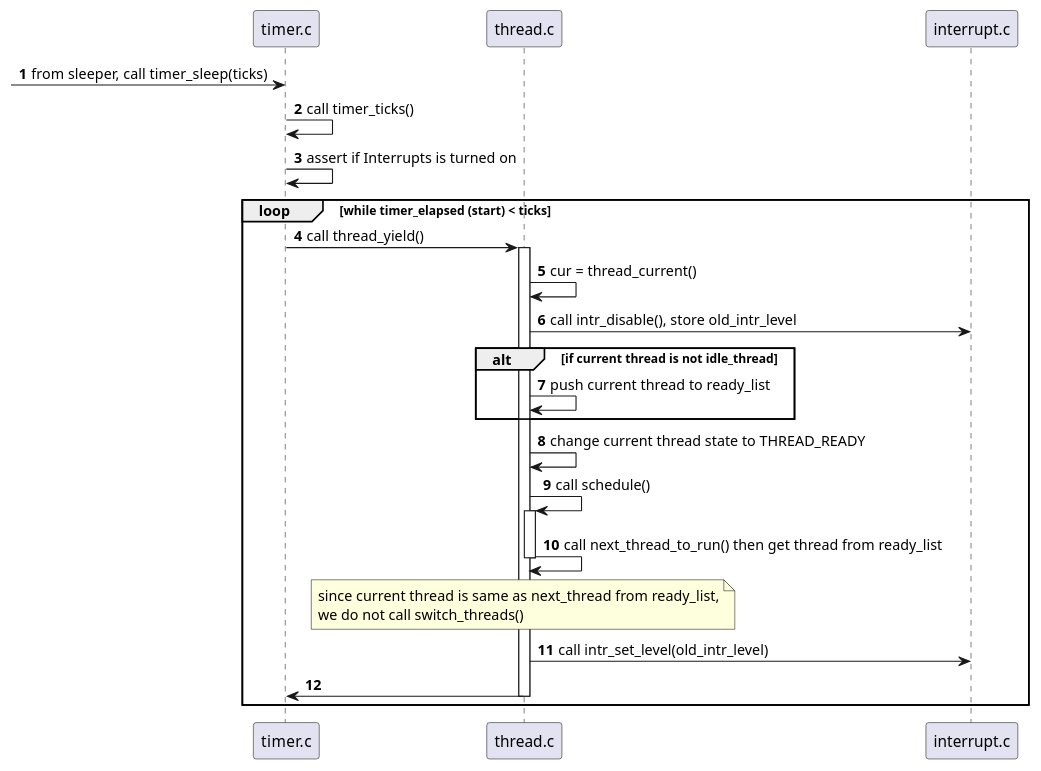
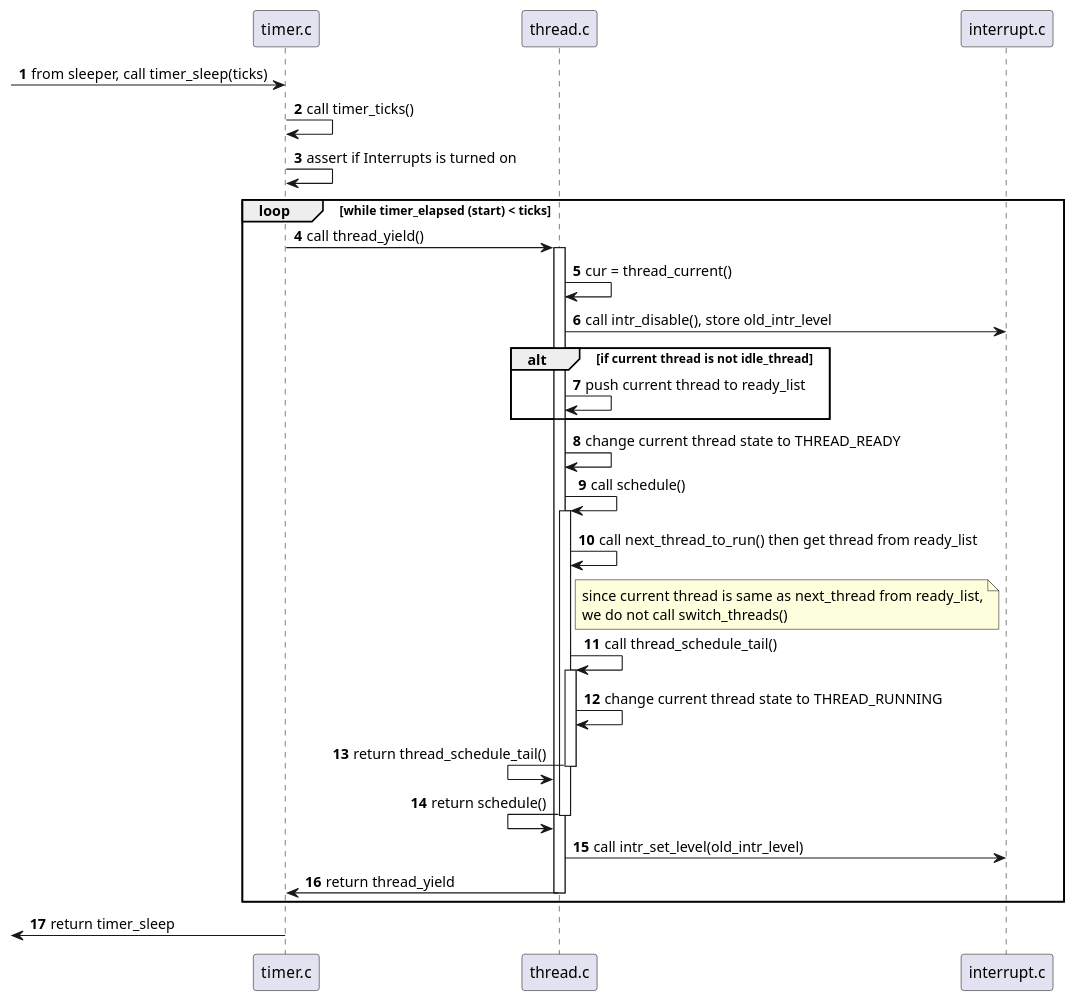
The diagram in docs/project_1/original.puml (BranKein/ec4205_OS_PintOS_Project), drawn with PlantUML before and after one commit. The commit also changed 5 other files, not shown here.

```diff
--- a/docs/project_1/original.puml
+++ b/docs/project_1/original.puml
@@ -1,40 +1,45 @@
 @startuml
 'https://plantuml.com/sequence-diagram
 
 participant "timer.c" as timer
 participant "thread.c" as thread
 participant "interrupt.c" as interrupt
 
 autonumber
 
 -> timer: from sleeper, call timer_sleep(ticks)
 timer -> timer: call timer_ticks()
 timer -> timer: assert if Interrupts is turned on
 
 loop while timer_elapsed (start) < ticks
   timer -> thread ++: call thread_yield()
   thread -> thread: cur = thread_current()
   thread -> interrupt: call intr_disable(), store old_intr_level
 
   alt if current thread is not idle_thread
     thread -> thread: push current thread to ready_list
   end alt
   thread -> thread: change current thread state to THREAD_READY
   thread -> thread ++: call schedule()
 
   thread -> thread: call next_thread_to_run() then get thread from ready_list
-  note over thread
+  note right thread
     since current thread is same as next_thread from ready_list,
     we do not call switch_threads()
   end note
 
-  deactivate thread
+  thread -> thread++: call thread_schedule_tail()
+  thread -> thread: change current thread state to THREAD_RUNNING
+
+  thread <- thread --: return thread_schedule_tail()
+  thread <- thread --: return schedule()
 
   thread -> interrupt: call intr_set_level(old_intr_level)
 
-  timer <- thread --
+  timer <- thread --: return thread_yield
 
 end loop
 
+<- timer: return timer_sleep
 
 @enduml
```
